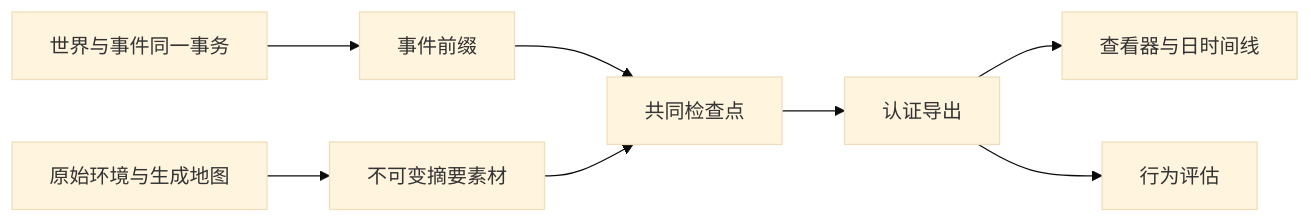
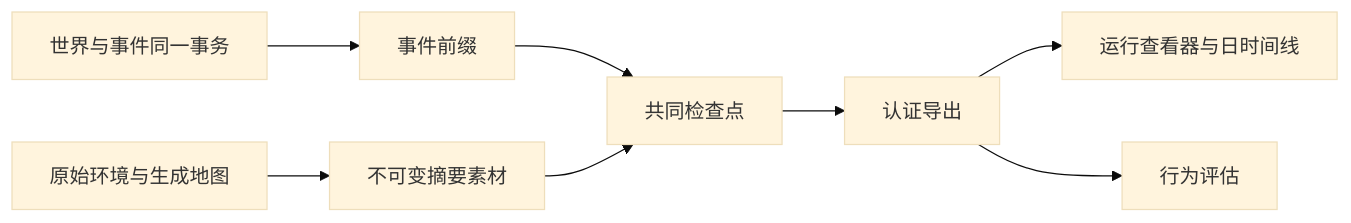
The first of 4 diagrams in docs/design/05-recording-engine.md (HoldThatThgt/WorldMock), drawn with Mermaid (base theme) before and after one commit. The commit also changed other lines of this file and 19 other files, not shown here.

````diff
--- a/docs/design/05-recording-engine.md
+++ b/docs/design/05-recording-engine.md
@@ -11,10 +10,10 @@
 ```mermaid
 flowchart LR
-    Commit[世界与事件同一事务] --> Events[事件前缀]
-    Inputs[原始环境与生成地图] --> Assets[不可变摘要素材]
-    Events --> Checkpoint[共同检查点]
+    Commit["世界与事件同一事务"] --> Events["事件前缀"]
+    Inputs["原始环境与生成地图"] --> Assets["不可变摘要素材"]
+    Events --> Checkpoint["共同检查点"]
     Assets --> Checkpoint
-    Checkpoint --> Export[认证导出]
-    Export --> View[查看器与日时间线]
-    Export --> Evaluation[行为评估]
+    Checkpoint --> Export["认证导出"]
+    Export --> View["运行查看器与日时间线"]
+    Export --> Evaluation["行为评估"]
 ```
````
